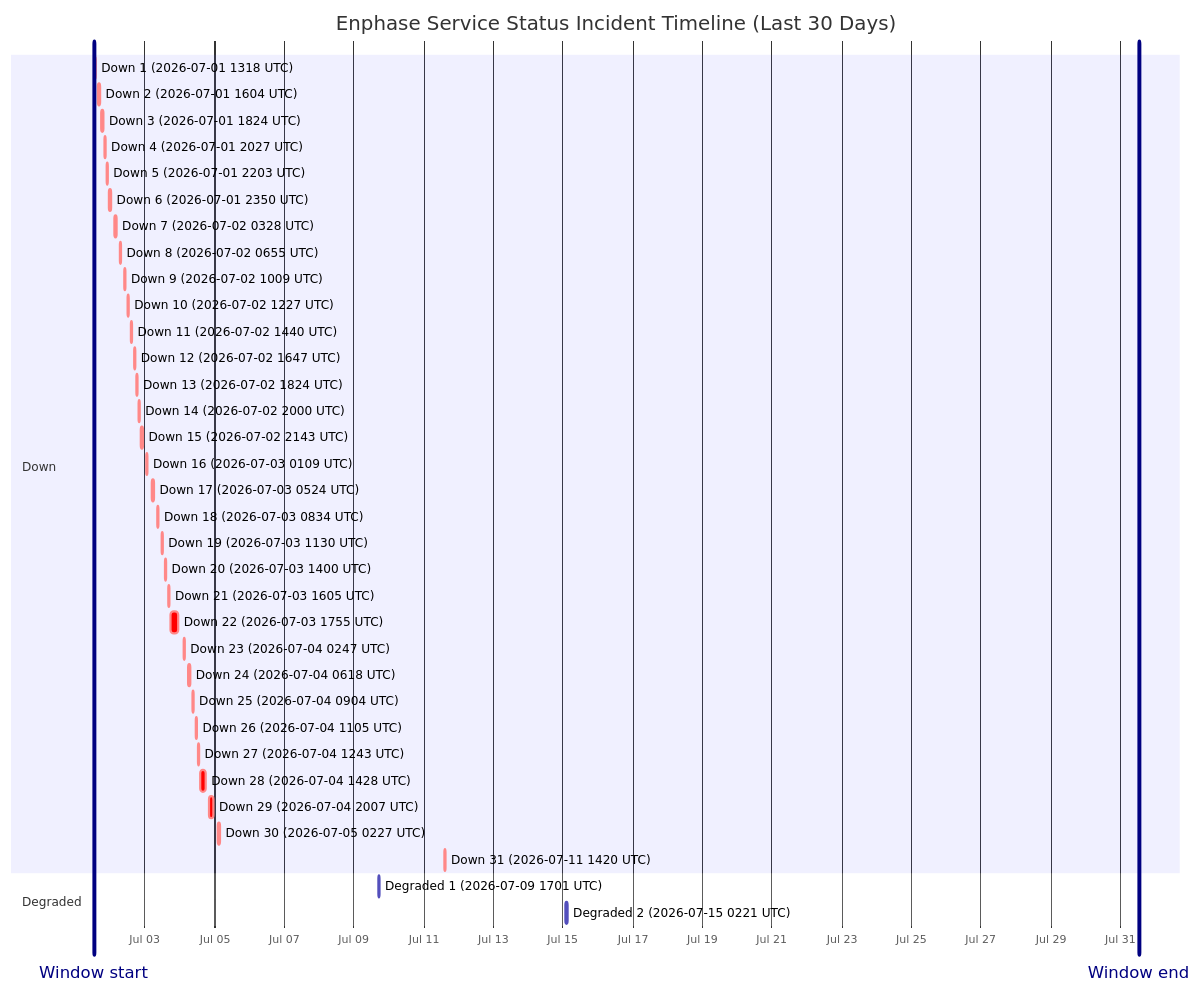
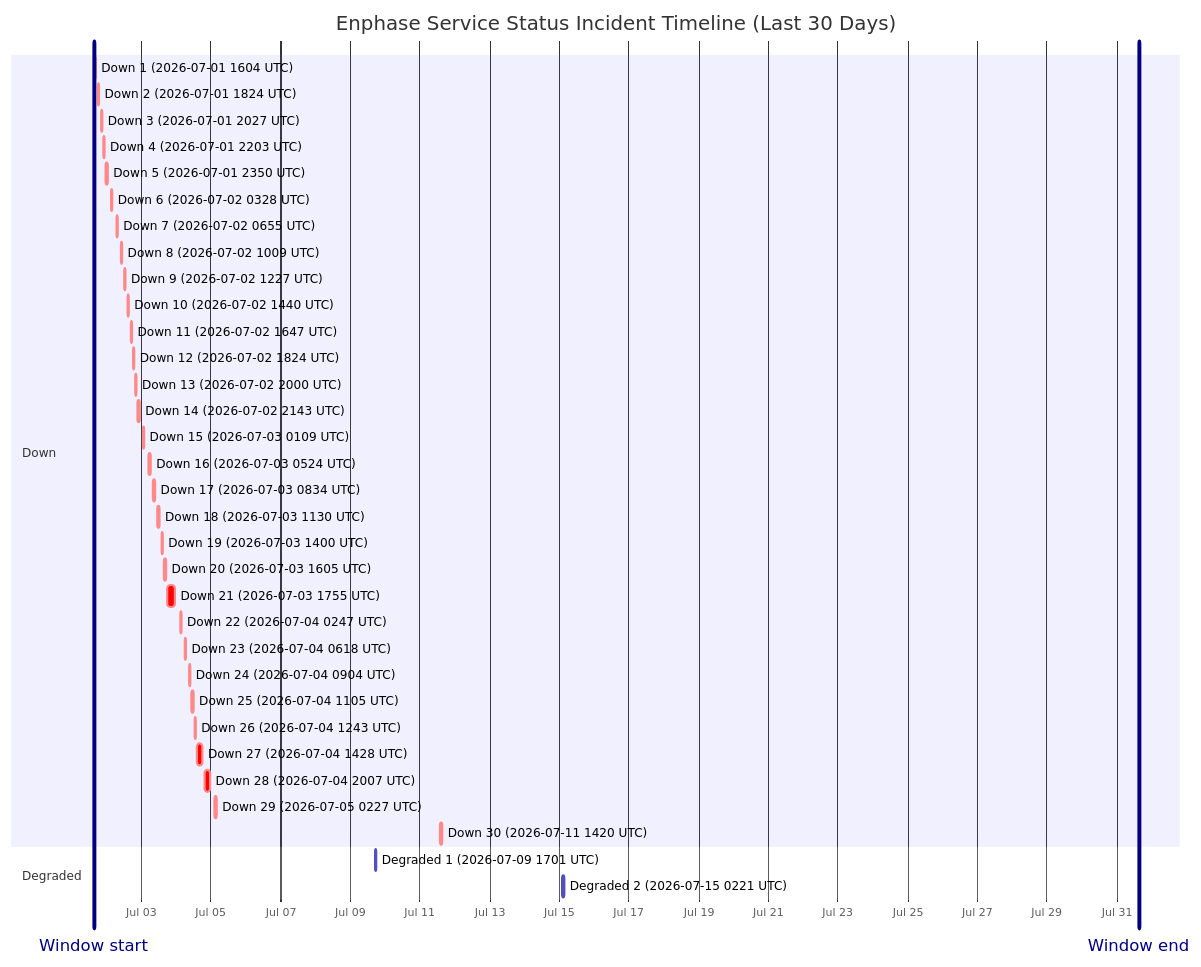
Before and after one commit to barneyonline/ha-enphase-energy: the diagram in wiki/Service-Status-History.md, drawn with Mermaid. The commit also changed other lines of this file and 3 other files, not shown here.

````diff
--- a/wiki/Service-Status-History.md
+++ b/wiki/Service-Status-History.md
@@ -14,43 +14,42 @@
 ```mermaid
 gantt
     title Enphase Service Status Incident Timeline (Last 30 Days)
     dateFormat  YYYY-MM-DDTHH:mm:ss
     axisFormat  %b %d
-    Window start :vert, window-start, 2026-07-01T12:53:55, 0ms
-    Window end :vert, window-end, 2026-07-31T12:53:55, 0ms
+    Window start :vert, window-start, 2026-07-01T15:17:28, 0ms
+    Window end :vert, window-end, 2026-07-31T15:17:28, 0ms
     section Down
-    Down 1 (2026-07-01 1318 UTC) :crit, down-1, 2026-07-01T13:18:31, 60m
-    Down 2 (2026-07-01 1604 UTC) :crit, down-2, 2026-07-01T16:04:29, 60m
-    Down 3 (2026-07-01 1824 UTC) :crit, down-3, 2026-07-01T18:24:21, 60m
-    Down 4 (2026-07-01 2027 UTC) :crit, down-4, 2026-07-01T20:27:17, 60m
-    Down 5 (2026-07-01 2203 UTC) :crit, down-5, 2026-07-01T22:03:46, 60m
-    Down 6 (2026-07-01 2350 UTC) :crit, down-6, 2026-07-01T23:50:52, 60m
-    Down 7 (2026-07-02 0328 UTC) :crit, down-7, 2026-07-02T03:28:33, 60m
-    Down 8 (2026-07-02 0655 UTC) :crit, down-8, 2026-07-02T06:55:07, 60m
-    Down 9 (2026-07-02 1009 UTC) :crit, down-9, 2026-07-02T10:09:15, 60m
-    Down 10 (2026-07-02 1227 UTC) :crit, down-10, 2026-07-02T12:27:49, 60m
-    Down 11 (2026-07-02 1440 UTC) :crit, down-11, 2026-07-02T14:40:53, 60m
-    Down 12 (2026-07-02 1647 UTC) :crit, down-12, 2026-07-02T16:47:47, 60m
-    Down 13 (2026-07-02 1824 UTC) :crit, down-13, 2026-07-02T18:24:26, 60m
-    Down 14 (2026-07-02 2000 UTC) :crit, down-14, 2026-07-02T20:00:57, 60m
-    Down 15 (2026-07-02 2143 UTC) :crit, down-15, 2026-07-02T21:43:52, 80m
-    Down 16 (2026-07-03 0109 UTC) :crit, down-16, 2026-07-03T01:09:19, 60m
-    Down 17 (2026-07-03 0524 UTC) :crit, down-17, 2026-07-03T05:24:23, 60m
-    Down 18 (2026-07-03 0834 UTC) :crit, down-18, 2026-07-03T08:34:05, 60m
-    Down 19 (2026-07-03 1130 UTC) :crit, down-19, 2026-07-03T11:30:41, 60m
-    Down 20 (2026-07-03 1400 UTC) :crit, down-20, 2026-07-03T14:00:48, 60m
-    Down 21 (2026-07-03 1605 UTC) :crit, down-21, 2026-07-03T16:05:49, 60m
-    Down 22 (2026-07-03 1755 UTC) :crit, down-22, 2026-07-03T17:55:54, 338m
-    Down 23 (2026-07-04 0247 UTC) :crit, down-23, 2026-07-04T02:47:22, 60m
-    Down 24 (2026-07-04 0618 UTC) :crit, down-24, 2026-07-04T06:18:09, 60m
-    Down 25 (2026-07-04 0904 UTC) :crit, down-25, 2026-07-04T09:04:41, 60m
-    Down 26 (2026-07-04 1105 UTC) :crit, down-26, 2026-07-04T11:05:21, 60m
-    Down 27 (2026-07-04 1243 UTC) :crit, down-27, 2026-07-04T12:43:25, 60m
-    Down 28 (2026-07-04 1428 UTC) :crit, down-28, 2026-07-04T14:28:07, 243m
-    Down 29 (2026-07-04 2007 UTC) :crit, down-29, 2026-07-04T20:07:50, 206m
-    Down 30 (2026-07-05 0227 UTC) :crit, down-30, 2026-07-05T02:27:32, 109m
-    Down 31 (2026-07-11 1420 UTC) :crit, down-31, 2026-07-11T14:20:54, 69m
+    Down 1 (2026-07-01 1604 UTC) :crit, down-1, 2026-07-01T16:04:29, 60m
+    Down 2 (2026-07-01 1824 UTC) :crit, down-2, 2026-07-01T18:24:21, 60m
+    Down 3 (2026-07-01 2027 UTC) :crit, down-3, 2026-07-01T20:27:17, 60m
+    Down 4 (2026-07-01 2203 UTC) :crit, down-4, 2026-07-01T22:03:46, 60m
+    Down 5 (2026-07-01 2350 UTC) :crit, down-5, 2026-07-01T23:50:52, 60m
+    Down 6 (2026-07-02 0328 UTC) :crit, down-6, 2026-07-02T03:28:33, 60m
+    Down 7 (2026-07-02 0655 UTC) :crit, down-7, 2026-07-02T06:55:07, 60m
+    Down 8 (2026-07-02 1009 UTC) :crit, down-8, 2026-07-02T10:09:15, 60m
+    Down 9 (2026-07-02 1227 UTC) :crit, down-9, 2026-07-02T12:27:49, 60m
+    Down 10 (2026-07-02 1440 UTC) :crit, down-10, 2026-07-02T14:40:53, 60m
+    Down 11 (2026-07-02 1647 UTC) :crit, down-11, 2026-07-02T16:47:47, 60m
+    Down 12 (2026-07-02 1824 UTC) :crit, down-12, 2026-07-02T18:24:26, 60m
+    Down 13 (2026-07-02 2000 UTC) :crit, down-13, 2026-07-02T20:00:57, 60m
+    Down 14 (2026-07-02 2143 UTC) :crit, down-14, 2026-07-02T21:43:52, 80m
+    Down 15 (2026-07-03 0109 UTC) :crit, down-15, 2026-07-03T01:09:19, 60m
+    Down 16 (2026-07-03 0524 UTC) :crit, down-16, 2026-07-03T05:24:23, 60m
+    Down 17 (2026-07-03 0834 UTC) :crit, down-17, 2026-07-03T08:34:05, 60m
+    Down 18 (2026-07-03 1130 UTC) :crit, down-18, 2026-07-03T11:30:41, 60m
+    Down 19 (2026-07-03 1400 UTC) :crit, down-19, 2026-07-03T14:00:48, 60m
+    Down 20 (2026-07-03 1605 UTC) :crit, down-20, 2026-07-03T16:05:49, 60m
+    Down 21 (2026-07-03 1755 UTC) :crit, down-21, 2026-07-03T17:55:54, 338m
+    Down 22 (2026-07-04 0247 UTC) :crit, down-22, 2026-07-04T02:47:22, 60m
+    Down 23 (2026-07-04 0618 UTC) :crit, down-23, 2026-07-04T06:18:09, 60m
+    Down 24 (2026-07-04 0904 UTC) :crit, down-24, 2026-07-04T09:04:41, 60m
+    Down 25 (2026-07-04 1105 UTC) :crit, down-25, 2026-07-04T11:05:21, 60m
+    Down 26 (2026-07-04 1243 UTC) :crit, down-26, 2026-07-04T12:43:25, 60m
+    Down 27 (2026-07-04 1428 UTC) :crit, down-27, 2026-07-04T14:28:07, 243m
+    Down 28 (2026-07-04 2007 UTC) :crit, down-28, 2026-07-04T20:07:50, 206m
+    Down 29 (2026-07-05 0227 UTC) :crit, down-29, 2026-07-05T02:27:32, 109m
+    Down 30 (2026-07-11 1420 UTC) :crit, down-30, 2026-07-11T14:20:54, 69m
     section Degraded
     Degraded 1 (2026-07-09 1701 UTC) :active, degraded-1, 2026-07-09T17:01:02, 60m
     Degraded 2 (2026-07-15 0221 UTC) :active, degraded-2, 2026-07-15T02:21:35, 60m
 ```
````
